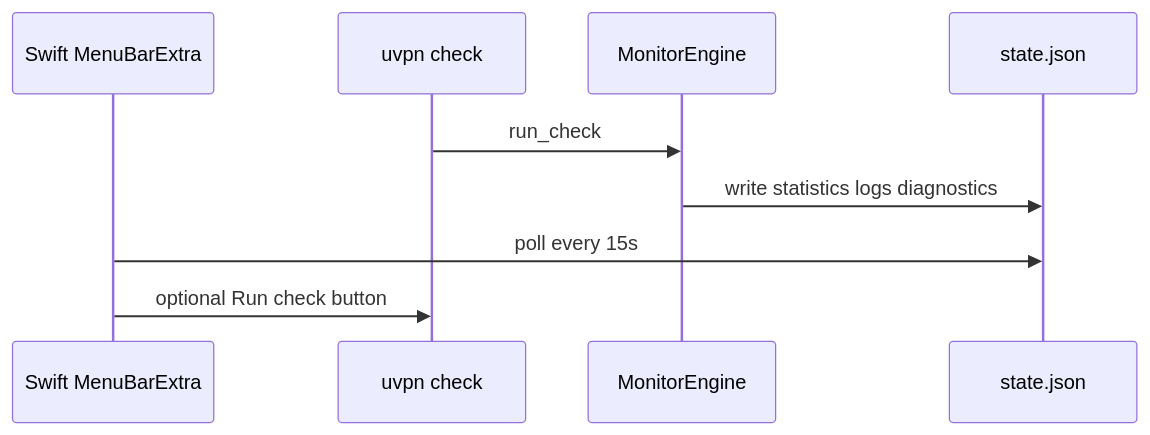
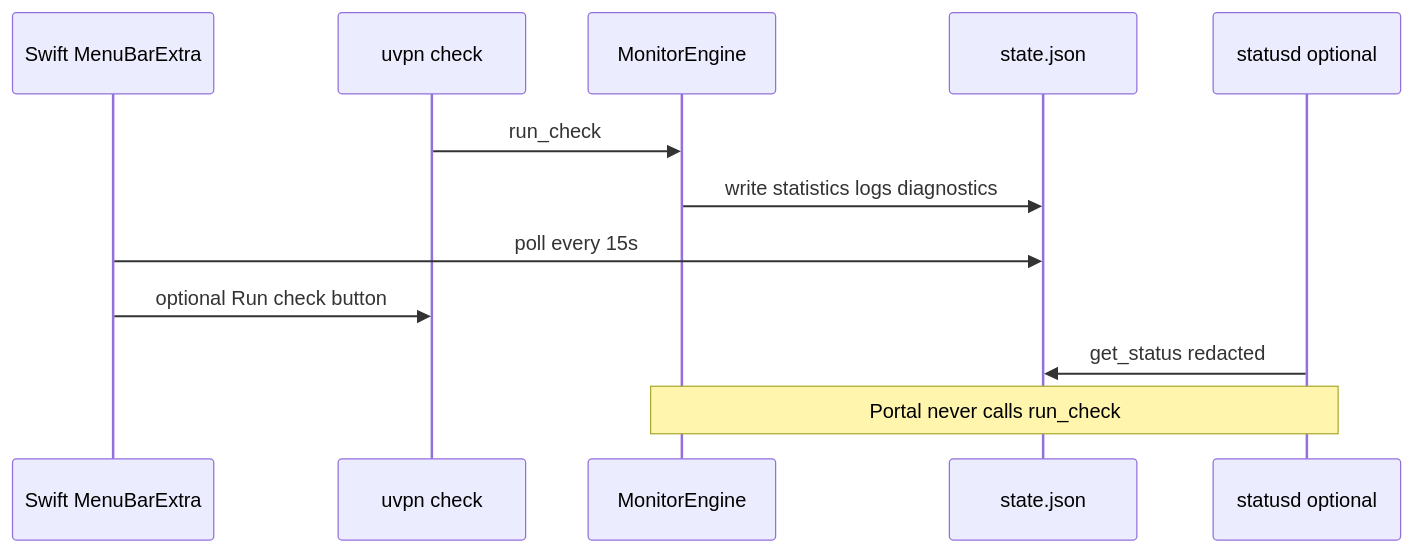
One commit to roto31/Tunnel-Monitor---Universal changed the seventh of 9 diagrams in docs/architecture/system-design.md. Above: the diagram before and after it, drawn with Mermaid. The commit also changed other lines of this file and 63 other files, not shown here.

First line of the commit message:
Add SECURITY.md and optional uvpn-statusd portal (v1.1).

````diff
--- a/docs/architecture/system-design.md
+++ b/docs/architecture/system-design.md
@@ -238,12 +284,15 @@
 ```mermaid
 sequenceDiagram
     participant GUI as Swift MenuBarExtra
     participant CLI as uvpn check
     participant ENG as MonitorEngine
     participant ST as state.json
+    participant SD as statusd optional
 
     CLI->>ENG: run_check
     ENG->>ST: write statistics logs diagnostics
     GUI->>ST: poll every 15s
     GUI->>CLI: optional Run check button
+    SD->>ST: get_status redacted
+    Note over SD,ENG: Portal never calls run_check
 ```
````
